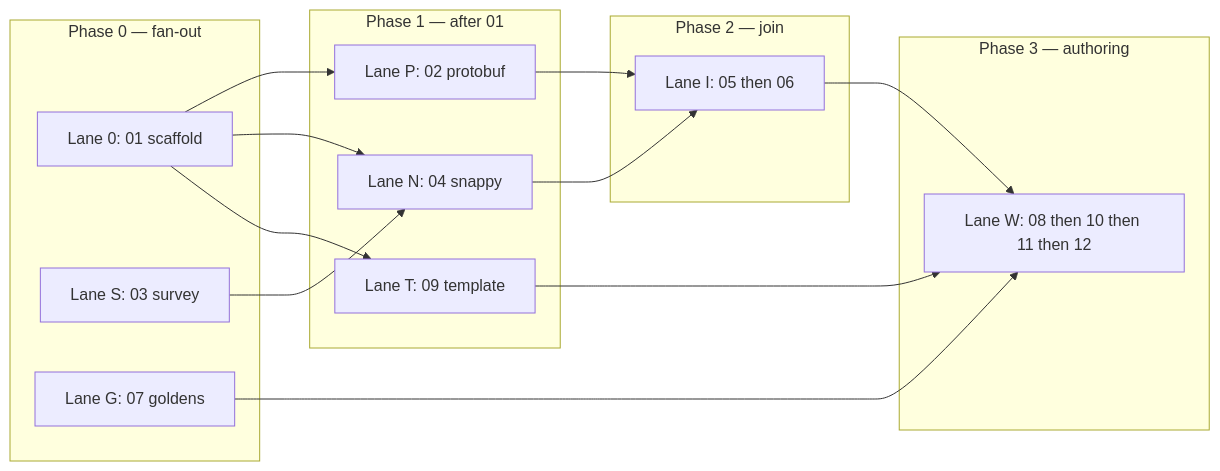
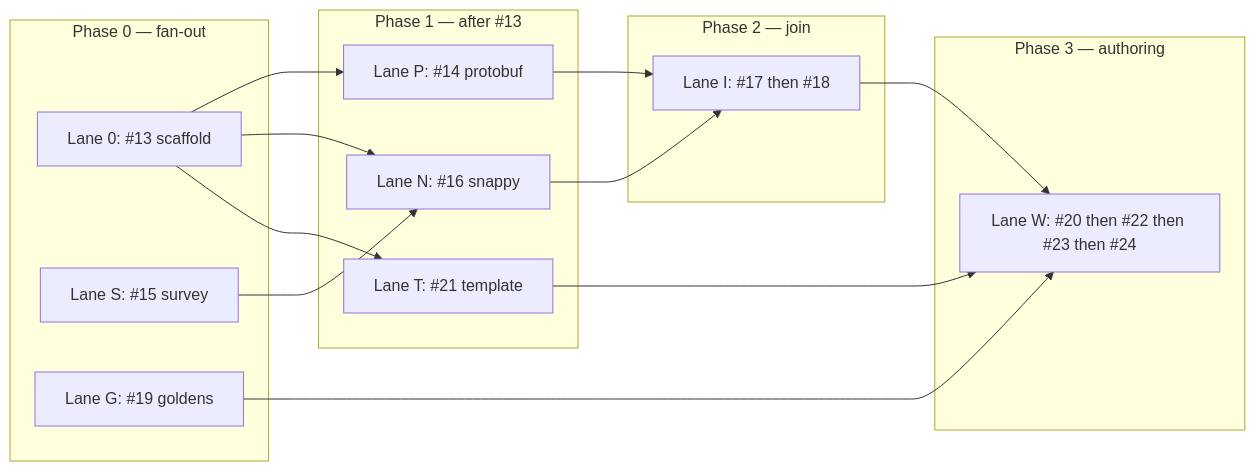
Before and after one commit to brightdigit/KeynoteKit: the diagram in .claude/PARALLEL-WORKTREES.md, drawn with Mermaid. The commit also changed other lines of this file and 4 other files, not shown here.

````diff
--- a/.claude/PARALLEL-WORKTREES.md
+++ b/.claude/PARALLEL-WORKTREES.md
@@ -27,28 +27,28 @@
 ```mermaid
 flowchart LR
   subgraph phase0 [Phase 0 — fan-out]
-    L0[Lane 0: 01 scaffold]
-    L3[Lane S: 03 survey]
-    L7[Lane G: 07 goldens]
+    L0[Lane 0: #13 scaffold]
+    L3[Lane S: #15 survey]
+    L7[Lane G: #19 goldens]
   end
-  subgraph phase1 [Phase 1 — after 01]
-    LP[Lane P: 02 protobuf]
-    LN[Lane N: 04 snappy]
-    LT[Lane T: 09 template]
+  subgraph phase1 [Phase 1 — after #13]
+    LP[Lane P: #14 protobuf]
+    LN[Lane N: #16 snappy]
+    LT[Lane T: #21 template]
   end
   subgraph phase2 [Phase 2 — join]
-    LI[Lane I: 05 then 06]
+    LI[Lane I: #17 then #18]
   end
   subgraph phase3 [Phase 3 — authoring]
-    LW[Lane W: 08 then 10 then 11 then 12]
+    LW[Lane W: #20 then #22 then #23 then #24]
   end
   L0 --> LP
   L0 --> LN
   L0 --> LT
   L3 --> LN
   LP --> LI
   LN --> LI
   LI --> LW
   L7 --> LW
   LT --> LW
 ```
````
